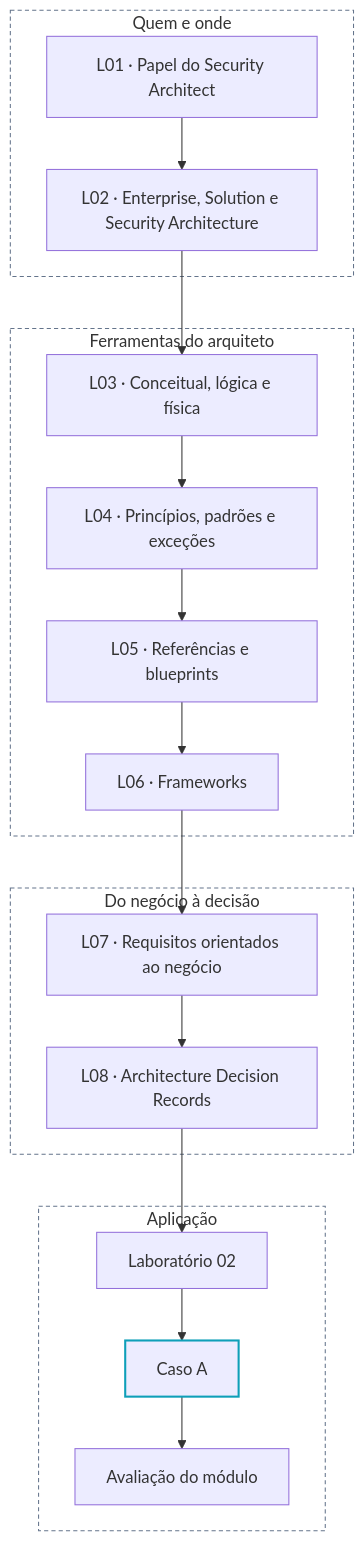
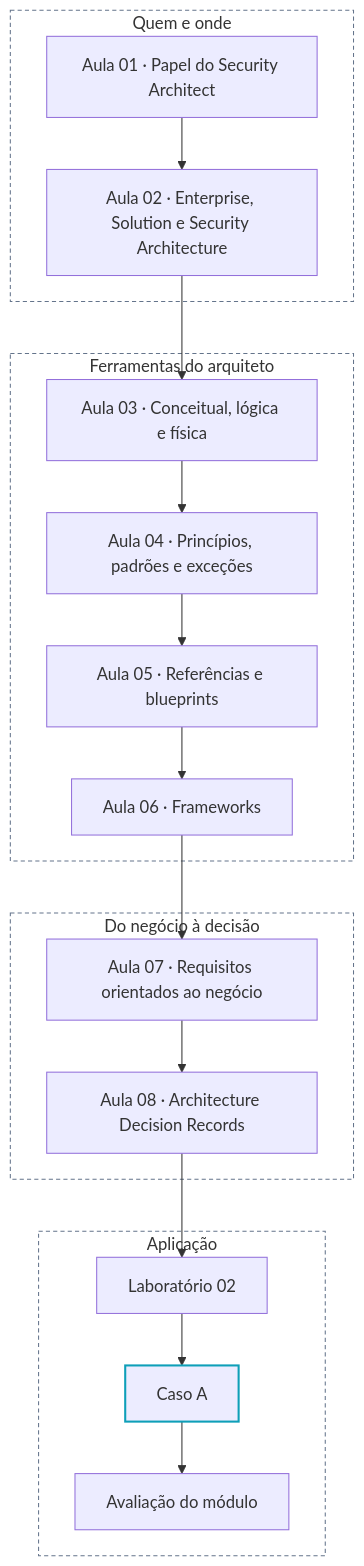
One commit to andrewsferreira/security-architecture-academy changed the diagram in assets/diagrams/m02-module-map.mmd. Above: the diagram before and after it, drawn with Mermaid. The commit also changed 109 other files, not shown here.

```diff
--- a/assets/diagrams/m02-module-map.mmd
+++ b/assets/diagrams/m02-module-map.mmd
@@ -1,33 +1,33 @@
 flowchart TB
   accTitle: Mapa do Módulo 02
   accDescr: As aulas 01 e 02 definem o papel do arquiteto e o lugar da arquitetura de segurança. As aulas 03, 04 e 05 dão as ferramentas de representação, organização de regras e reutilização. A aula 06 situa os frameworks. As aulas 07 e 08 fecham o ciclo, transformando necessidades de negócio em requisitos e registrando decisões. O laboratório, o estudo de caso e a avaliação aplicam o conjunto.
 
   subgraph Q["Quem e onde"]
-    L01["L01 · Papel do Security Architect"]
-    L02["L02 · Enterprise, Solution e Security Architecture"]
+    L01["Aula 01 · Papel do Security Architect"]
+    L02["Aula 02 · Enterprise, Solution e Security Architecture"]
   end
   subgraph F["Ferramentas do arquiteto"]
-    L03["L03 · Conceitual, lógica e física"]
-    L04["L04 · Princípios, padrões e exceções"]
-    L05["L05 · Referências e blueprints"]
-    L06["L06 · Frameworks"]
+    L03["Aula 03 · Conceitual, lógica e física"]
+    L04["Aula 04 · Princípios, padrões e exceções"]
+    L05["Aula 05 · Referências e blueprints"]
+    L06["Aula 06 · Frameworks"]
   end
   subgraph D["Do negócio à decisão"]
-    L07["L07 · Requisitos orientados ao negócio"]
-    L08["L08 · Architecture Decision Records"]
+    L07["Aula 07 · Requisitos orientados ao negócio"]
+    L08["Aula 08 · Architecture Decision Records"]
   end
   subgraph A["Aplicação"]
     LAB["Laboratório 02"]
     CASE["Caso A"]
     QZ["Avaliação do módulo"]
   end
 
   L01 --> L02 --> L03
   L03 --> L04 --> L05 --> L06
   L06 --> L07 --> L08
   L08 --> LAB --> CASE --> QZ
 
   classDef zone fill:transparent,stroke:#64748b,stroke-width:1px,stroke-dasharray:4 3
   classDef control stroke:#0e9fb8,stroke-width:2px
   class Q,F,D,A zone
   class CASE control
```
